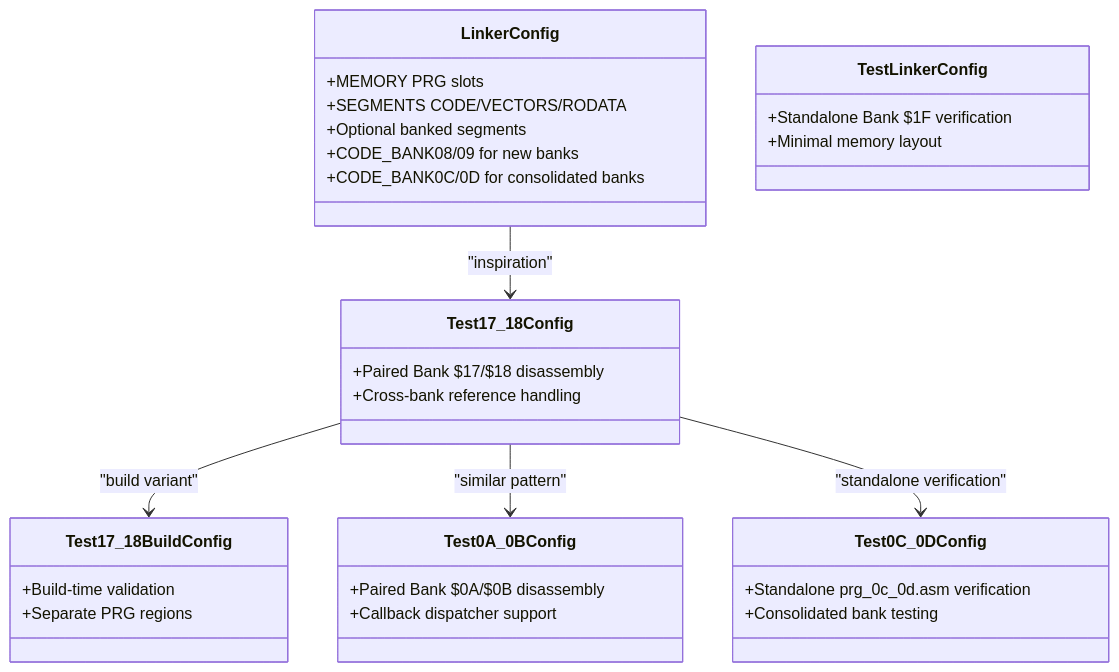
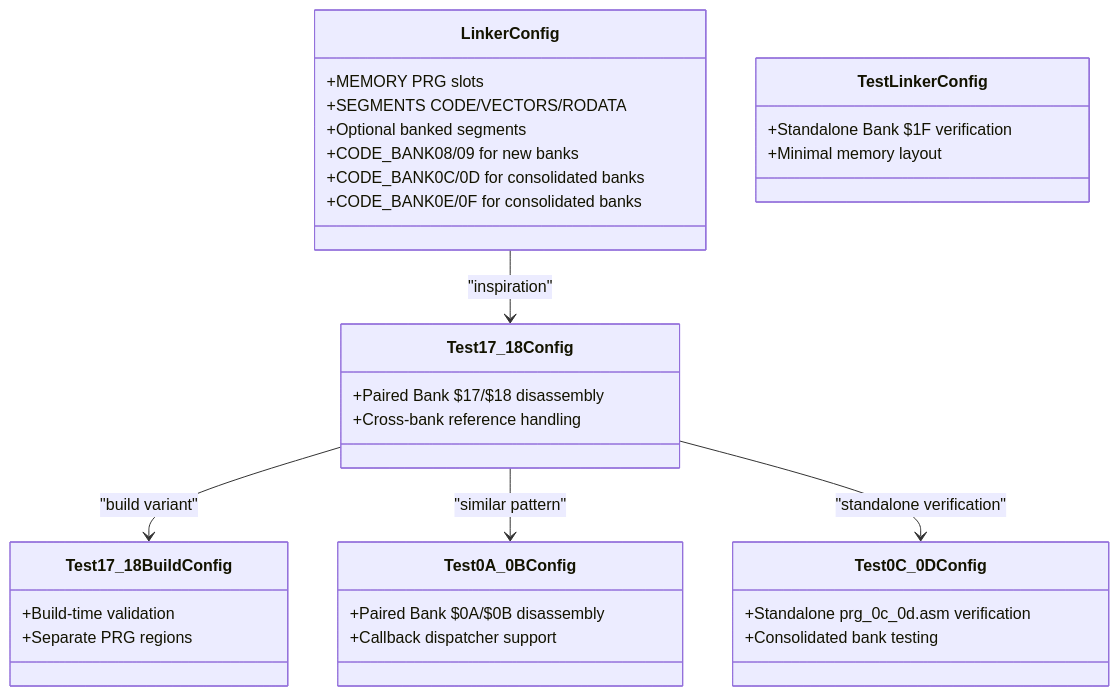
The ninth of 20 diagrams in .qoder/repowiki/en/content/Build System and Tools/Build System and Tools.md (rabbyzero/sango2dasm), drawn with Mermaid before and after one commit. The commit also changed other lines of this file and 33 other files, not shown here.

````diff
--- a/.qoder/repowiki/en/content/Build System and Tools/Build System and Tools.md
+++ b/.qoder/repowiki/en/content/Build System and Tools/Build System and Tools.md
@@ -1096,34 +1140,35 @@
 ```mermaid
 classDiagram
 class LinkerConfig {
 +MEMORY PRG slots
 +SEGMENTS CODE/VECTORS/RODATA
 +Optional banked segments
 +CODE_BANK08/09 for new banks
 +CODE_BANK0C/0D for consolidated banks
++CODE_BANK0E/0F for consolidated banks
 }
 class TestLinkerConfig {
 +Standalone Bank $1F verification
 +Minimal memory layout
 }
 class Test17_18Config {
 +Paired Bank $17/$18 disassembly
 +Cross-bank reference handling
 }
 class Test17_18BuildConfig {
 +Build-time validation
 +Separate PRG regions
 }
 class Test0A_0BConfig {
 +Paired Bank $0A/$0B disassembly
 +Callback dispatcher support
 }
 class Test0C_0DConfig {
 +Standalone prg_0c_0d.asm verification
 +Consolidated bank testing
 }
 LinkerConfig --> Test17_18Config : "inspiration"
 Test17_18Config --> Test17_18BuildConfig : "build variant"
 Test17_18Config --> Test0A_0BConfig : "similar pattern"
 Test17_18Config --> Test0C_0DConfig : "standalone verification"
 ```
````
